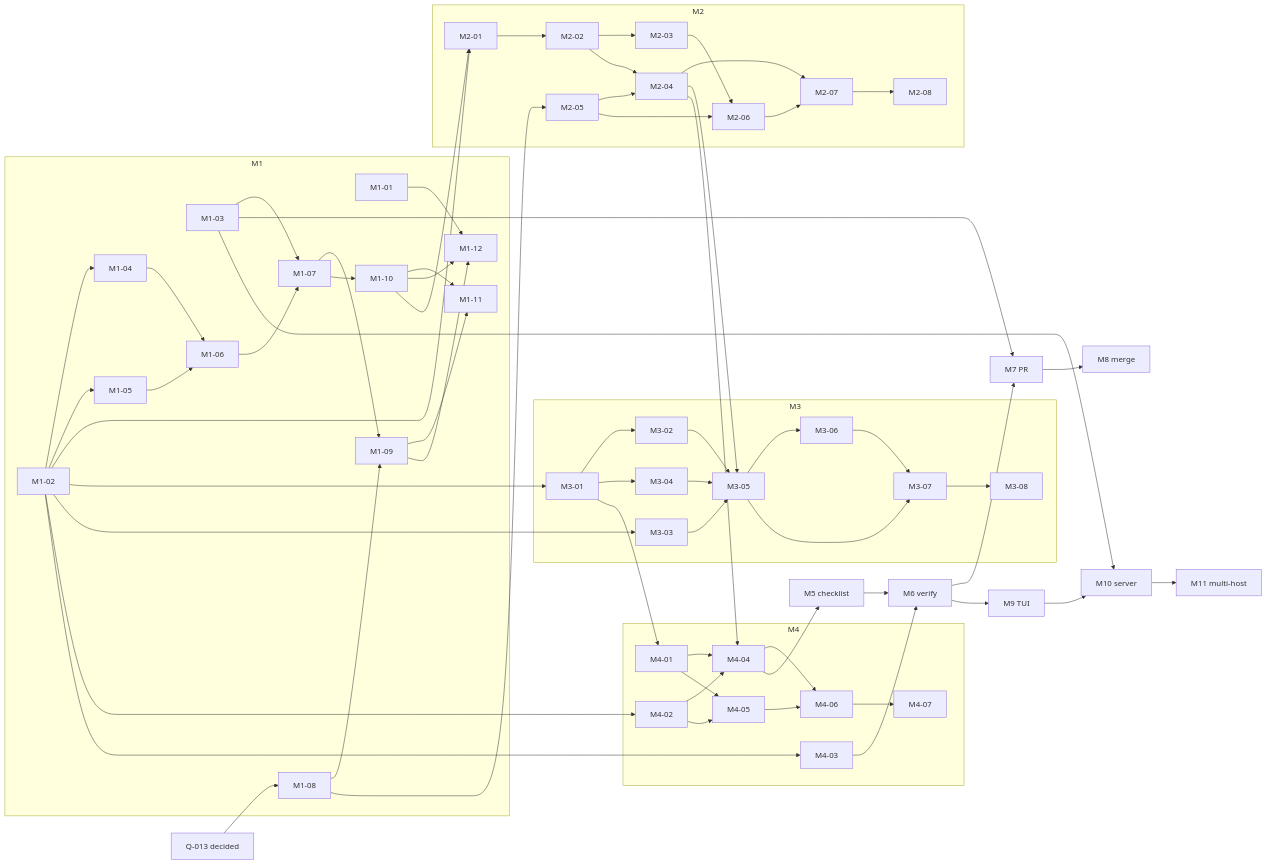
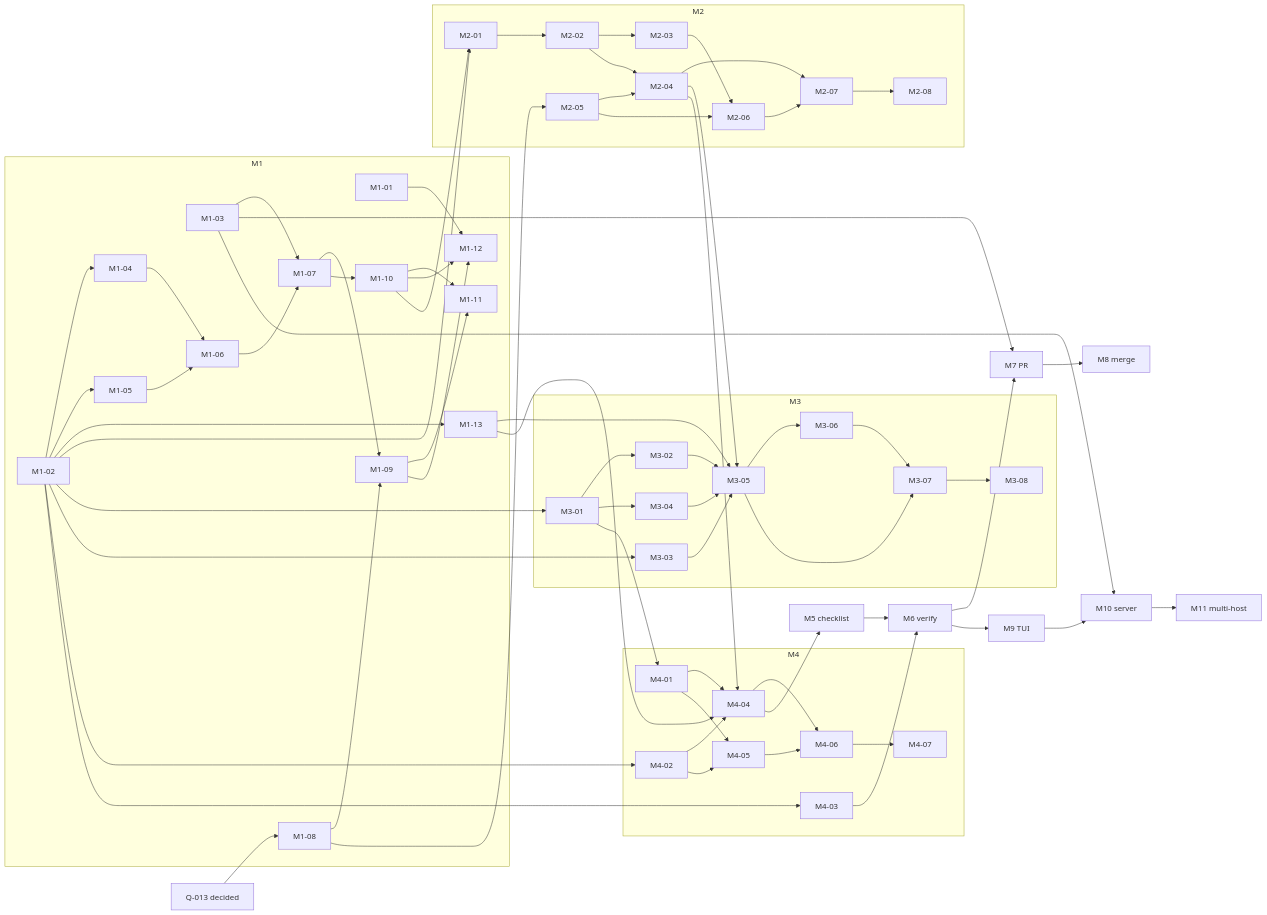
One commit to donbeave/ecosystem changed the diagram in ROADMAP.md. Above: the diagram before and after it, drawn with Mermaid. The commit also changed other lines of this file, not shown here.

Commit message:
ROADMAP: assign lanes (runtime, model, account) per task; add multi-account setup task

````diff
--- a/ROADMAP.md
+++ b/ROADMAP.md
@@ -140,76 +144,79 @@
 ```mermaid
 graph LR
   subgraph M1
-    M1-01; M1-02; M1-03; M1-04; M1-05; M1-06; M1-07; M1-08; M1-09; M1-10; M1-11; M1-12
+    M1-01; M1-02; M1-03; M1-04; M1-05; M1-06; M1-07; M1-08; M1-09; M1-10; M1-11; M1-12; M1-13
   end
   subgraph M2
     M2-01; M2-02; M2-03; M2-04; M2-05; M2-06; M2-07; M2-08
   end
   subgraph M3
     M3-01; M3-02; M3-03; M3-04; M3-05; M3-06; M3-07; M3-08
   end
   subgraph M4
     M4-01; M4-02; M4-03; M4-04; M4-05; M4-06; M4-07
   end
   Q013[Q-013 decided]
   M1-02 --> M1-04
   M1-02 --> M1-05
+  M1-02 --> M1-13
+  M1-13 --> M3-05
+  M1-13 --> M4-04
   M1-04 --> M1-06
   M1-05 --> M1-06
   M1-03 --> M1-07
   M1-06 --> M1-07
   Q013 --> M1-08
   M1-07 --> M1-09
   M1-08 --> M1-09
   M1-07 --> M1-10
   M1-09 --> M1-11
   M1-10 --> M1-11
   M1-01 --> M1-12
   M1-09 --> M1-12
   M1-10 --> M1-12
   M1-02 --> M2-01
   M1-10 --> M2-01
   M2-01 --> M2-02
   M2-02 --> M2-03
   M1-08 --> M2-05
   M2-02 --> M2-04
   M2-05 --> M2-04
   M2-03 --> M2-06
   M2-05 --> M2-06
   M2-04 --> M2-07
   M2-06 --> M2-07
   M2-07 --> M2-08
   M1-02 --> M3-01
   M1-02 --> M3-03
   M3-01 --> M3-02
   M3-01 --> M3-04
   M3-02 --> M3-05
   M3-03 --> M3-05
   M3-04 --> M3-05
   M2-04 --> M3-05
   M3-05 --> M3-06
   M3-05 --> M3-07
   M3-06 --> M3-07
   M3-07 --> M3-08
   M3-01 --> M4-01
   M1-02 --> M4-02
   M1-02 --> M4-03
   M4-01 --> M4-04
   M4-02 --> M4-04
   M2-04 --> M4-04
   M4-01 --> M4-05
   M4-02 --> M4-05
   M4-04 --> M4-06
   M4-05 --> M4-06
   M4-06 --> M4-07
   M4-04 --> M5[M5 checklist]
   M4-03 --> M6[M6 verify]
   M5 --> M6
   M6 --> M7[M7 PR]
   M1-03 --> M7
   M7 --> M8[M8 merge]
   M6 --> M9[M9 TUI]
   M9 --> M10[M10 server]
   M1-03 --> M10
   M10 --> M11[M11 multi-host]
 ```
````
